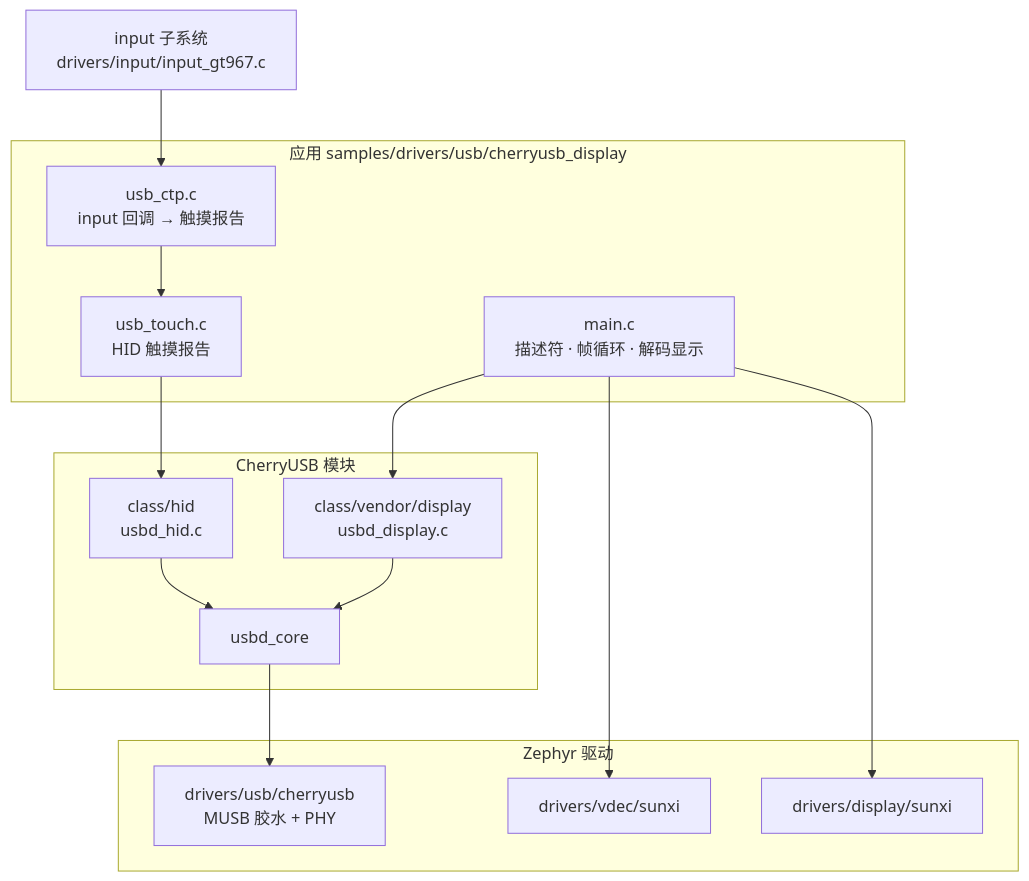
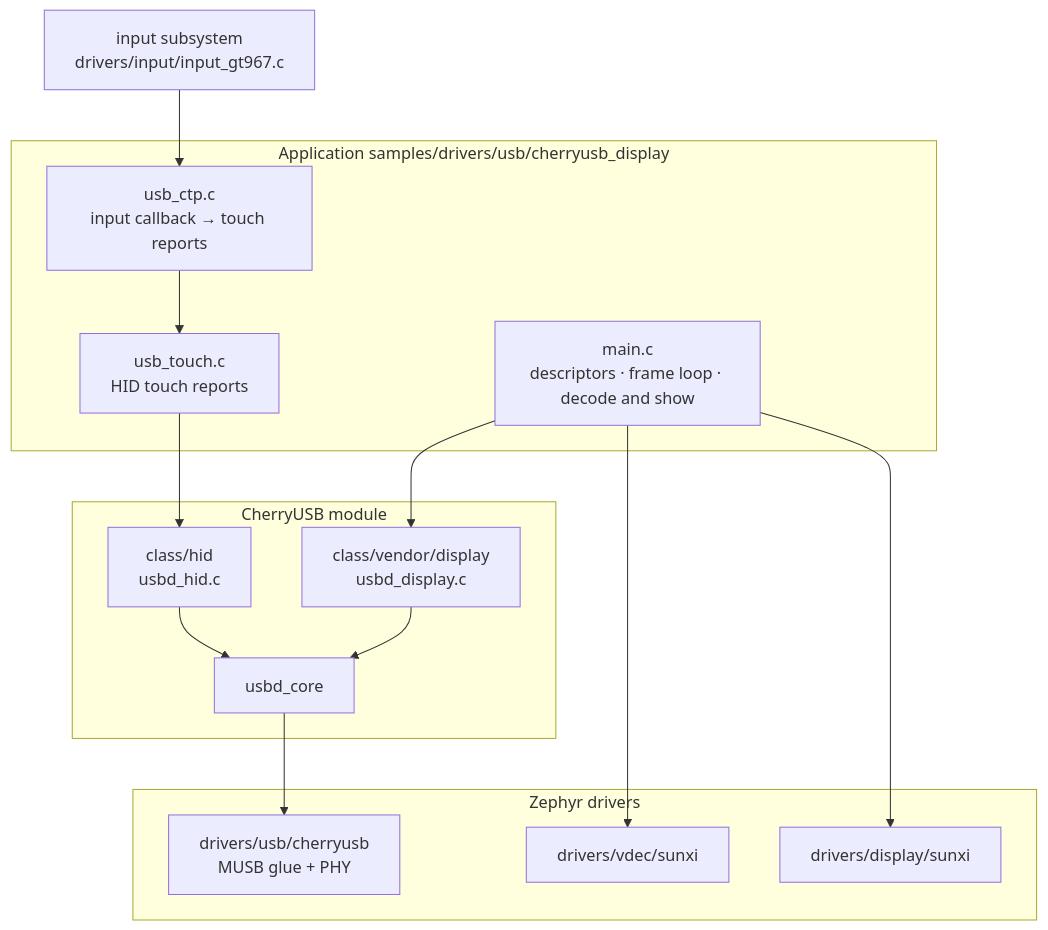
One commit to YuzukiHD/YuzukiNeko changed the first of 2 diagrams in docs/src/content/docs/dev/zephyr/apps/usb-display.md. Above: the diagram before and after it, drawn with Mermaid. The commit also changed other lines of this file and 216 other files, not shown here.

````diff
--- a/docs/src/content/docs/dev/zephyr/apps/usb-display.md
+++ b/docs/src/content/docs/dev/zephyr/apps/usb-display.md
@@ -212,24 +212,24 @@
 ```mermaid
 flowchart TB
-    subgraph APP["应用 samples/drivers/usb/cherryusb_display"]
-        MAIN["main.c<br/>描述符 · 帧循环 · 解码显示"]
-        TOUCH["usb_touch.c<br/>HID 触摸报告"]
-        CTP["usb_ctp.c<br/>input 回调 → 触摸报告"]
+    subgraph APP["Application samples/drivers/usb/cherryusb_display"]
+        MAIN["main.c<br/>descriptors · frame loop · decode and show"]
+        TOUCH["usb_touch.c<br/>HID touch reports"]
+        CTP["usb_ctp.c<br/>input callback → touch reports"]
     end
-    subgraph CU["CherryUSB 模块"]
+    subgraph CU["CherryUSB module"]
         CORE["usbd_core"]
         DISP["class/vendor/display<br/>usbd_display.c"]
         HIDC["class/hid<br/>usbd_hid.c"]
     end
-    subgraph DRV["Zephyr 驱动"]
-        MUSB["drivers/usb/cherryusb<br/>MUSB 胶水 + PHY"]
+    subgraph DRV["Zephyr drivers"]
+        MUSB["drivers/usb/cherryusb<br/>MUSB glue + PHY"]
         VDEC["drivers/vdec/sunxi"]
         DSP["drivers/display/sunxi"]
     end
     MAIN --> DISP --> CORE --> MUSB
     TOUCH --> HIDC --> CORE
     CTP --> TOUCH
-    INP["input 子系统<br/>drivers/input/input_gt967.c"] --> CTP
+    INP["input subsystem<br/>drivers/input/input_gt967.c"] --> CTP
     MAIN --> VDEC
     MAIN --> DSP
 ```
````
